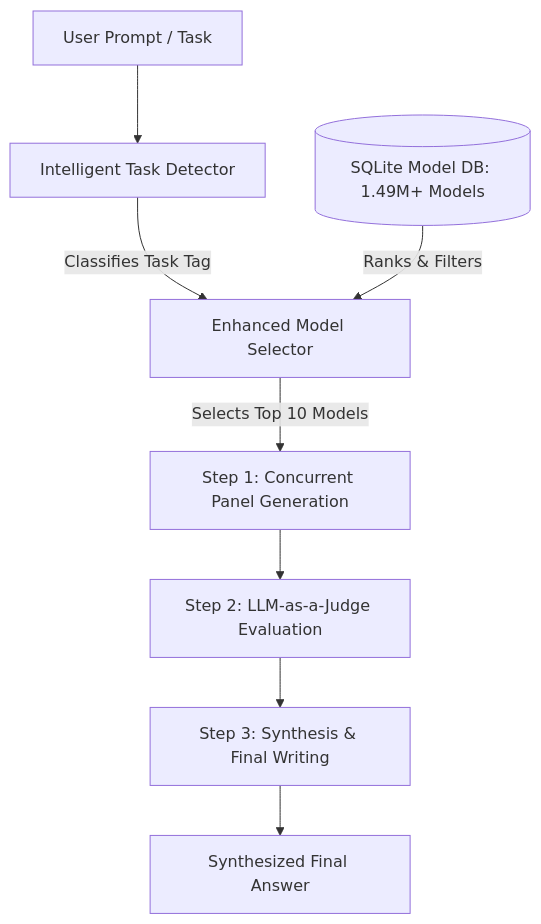
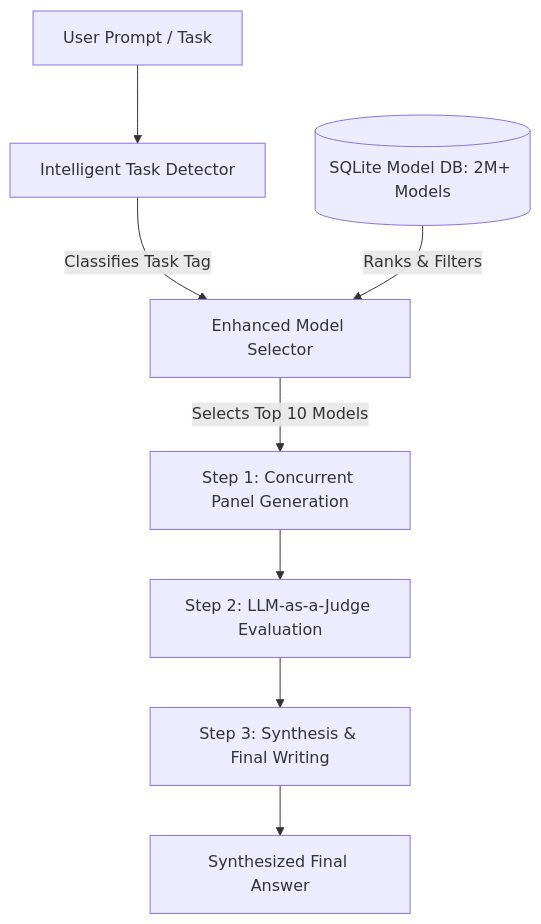
The diagram in README.md (oyesanyf/ModelFusion), drawn with Mermaid before and after one commit. The commit also changed other lines of this file, not shown here.

Commit message:
docs: update Hugging Face model count to over 2 million models

````diff
--- a/README.md
+++ b/README.md
@@ -27,10 +27,10 @@
 ```mermaid
 graph TD
     A[User Prompt / Task] --> B[Intelligent Task Detector]
     B -->|Classifies Task Tag| C[Enhanced Model Selector]
-    D[(SQLite Model DB: 1.49M+ Models)] -->|Ranks & Filters| C
+    D[(SQLite Model DB: 2M+ Models)] -->|Ranks & Filters| C
     C -->|Selects Top 10 Models| E[Step 1: Concurrent Panel Generation]
     E --> F[Step 2: LLM-as-a-Judge Evaluation]
     F --> G[Step 3: Synthesis & Final Writing]
     G --> H[Synthesized Final Answer]
 ```
````
